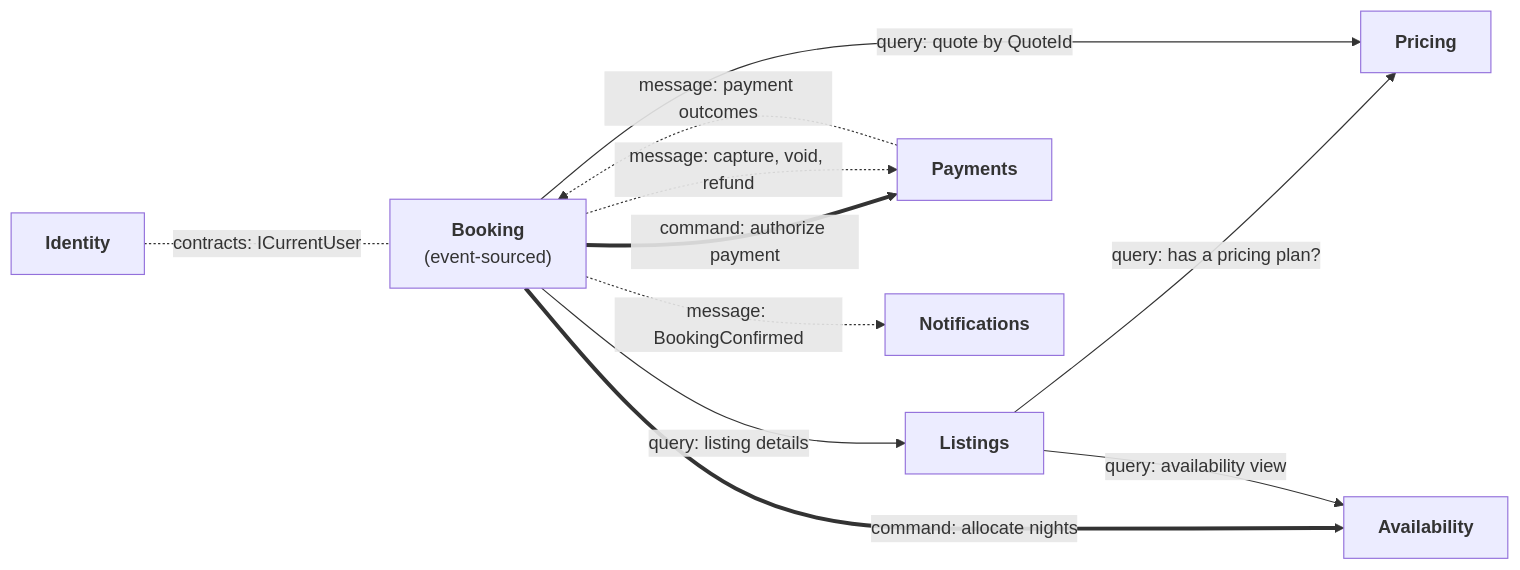
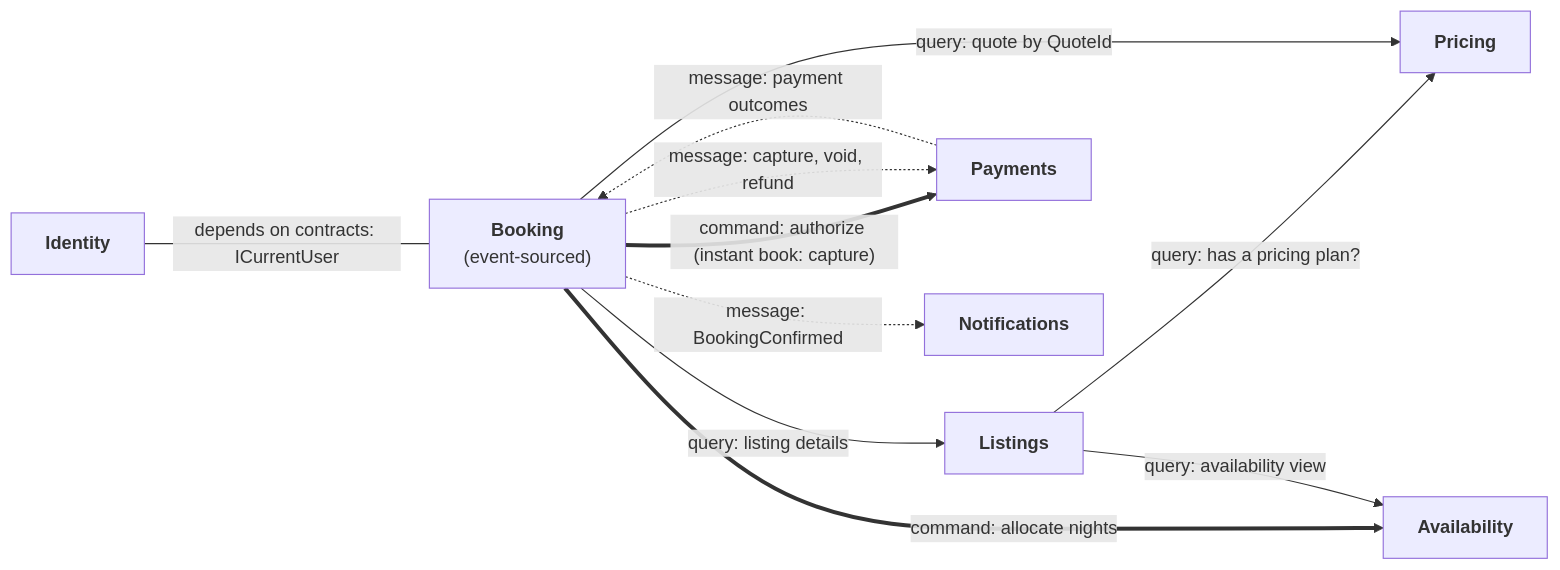
The diagram in docs/articles/01-designing-and-setting-up-staybook.md (Alimurrazi/staybook-dotnet-reference-architecture), drawn with Mermaid before and after one commit. The commit also changed other lines of this file and 8 other files, not shown here.

First line of the commit message:
docs: apply the architecture review to the article, ADRs and plan

````diff
--- a/docs/articles/01-designing-and-setting-up-staybook.md
+++ b/docs/articles/01-designing-and-setting-up-staybook.md
@@ -123,21 +123,21 @@
 ```mermaid
 flowchart LR
     Identity["<b>Identity</b>"]
     Listings["<b>Listings</b>"]
     Pricing["<b>Pricing</b>"]
     Booking["<b>Booking</b><br/>(event-sourced)"]
     Availability["<b>Availability</b>"]
     Payments["<b>Payments</b>"]
     Notifications["<b>Notifications</b>"]
 
     Listings -- "query: has a pricing plan?" --> Pricing
     Booking -- "query: quote by QuoteId" --> Pricing
     Booking -- "query: listing details" --> Listings
     Booking == "command: allocate nights" ==> Availability
-    Booking == "command: authorize payment" ==> Payments
+    Booking == "command: authorize (instant book: capture)" ==> Payments
     Booking -. "message: capture, void, refund" .-> Payments
     Payments -. "message: payment outcomes" .-> Booking
     Booking -. "message: BookingConfirmed" .-> Notifications
     Listings -- "query: availability view" --> Availability
-    Identity -. "contracts: ICurrentUser" .- Booking
+    Identity --- |"depends on contracts: ICurrentUser"| Booking
 ```
````
